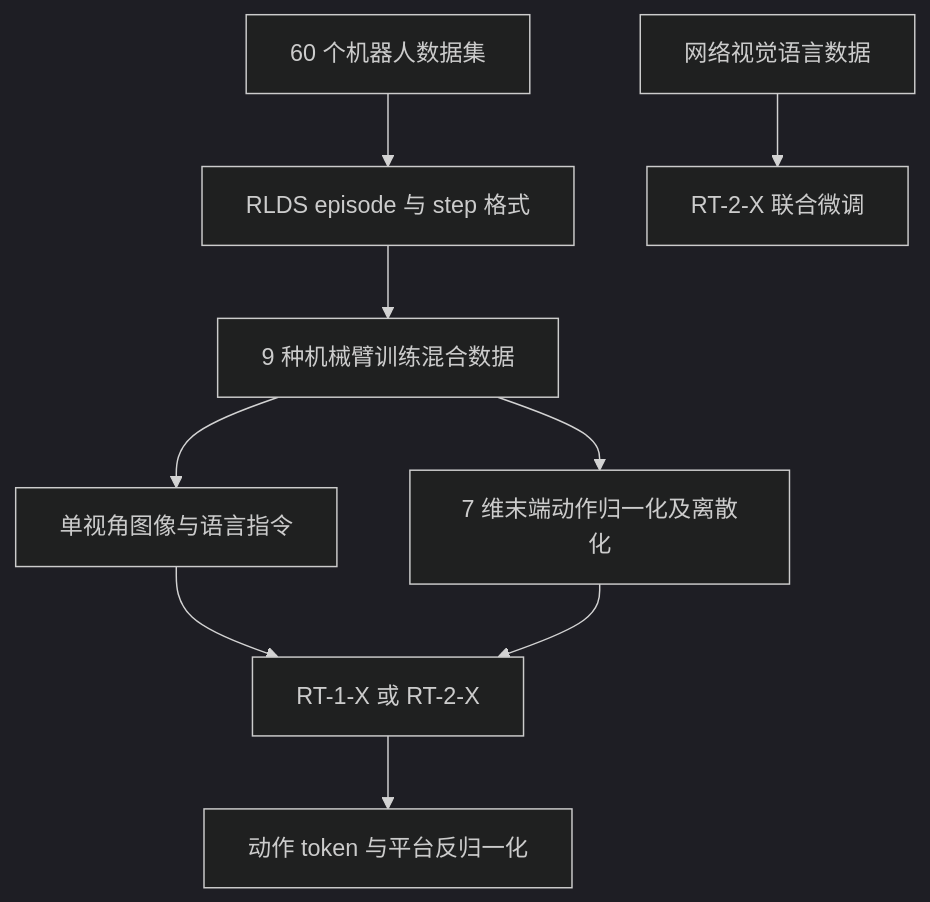
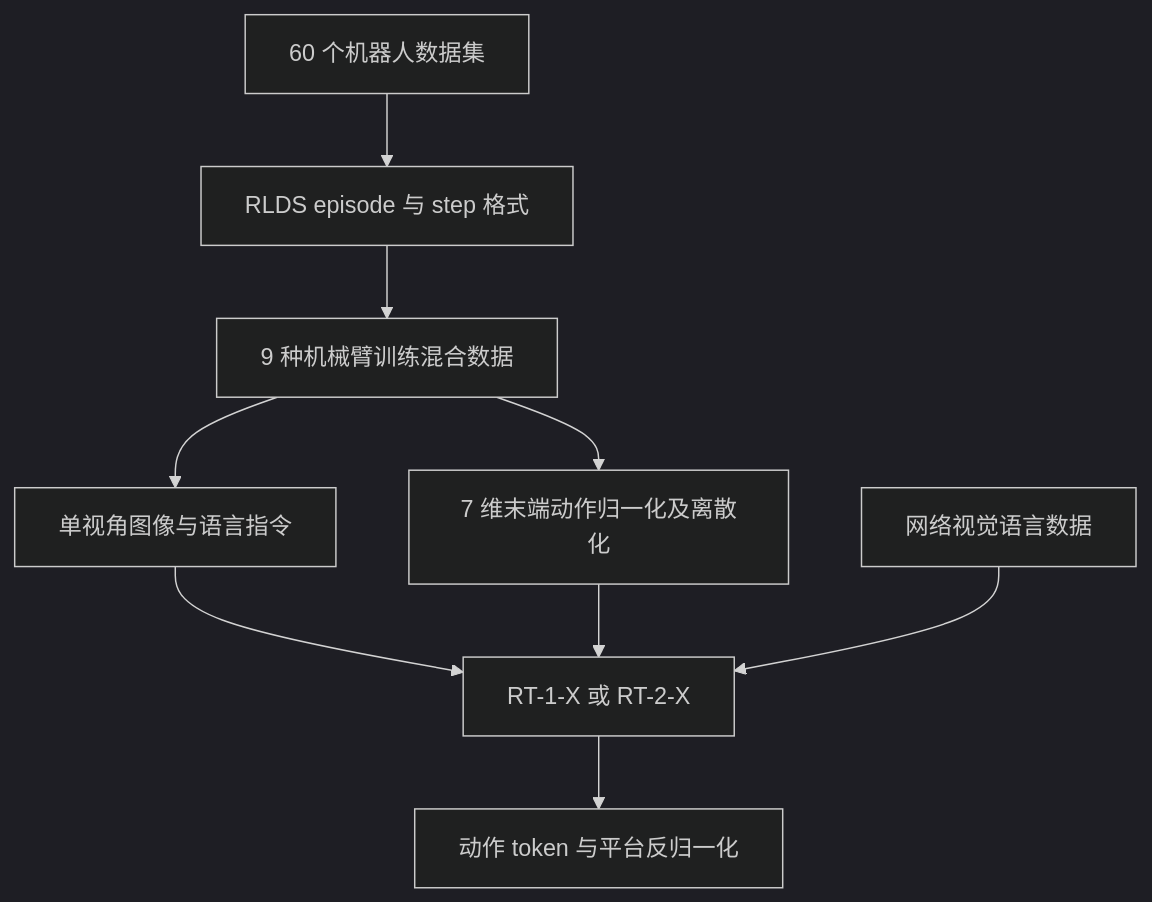
One commit to ImChong/Robotics_Notebooks changed the first of 2 diagrams in wiki/entities/paper-open-x-embodiment.md. Above: the diagram before and after it, drawn with Mermaid (dark theme).

Commit message:
[2026-11-05] ingest | 修正 RT-X 流程图

````diff
--- a/wiki/entities/paper-open-x-embodiment.md
+++ b/wiki/entities/paper-open-x-embodiment.md
@@ -66,11 +66,11 @@
 ```mermaid
 flowchart TD
   A["60 个机器人数据集"] --> B["RLDS episode 与 step 格式"]
   B --> C["9 种机械臂训练混合数据"]
   C --> D["单视角图像与语言指令"]
   C --> E["7 维末端动作归一化及离散化"]
   D --> F["RT-1-X 或 RT-2-X"]
   E --> F
-  G["网络视觉语言数据"] --> H["RT-2-X 联合微调"]
+  G["网络视觉语言数据"] --> F
   F --> I["动作 token 与平台反归一化"]
 ```
````
